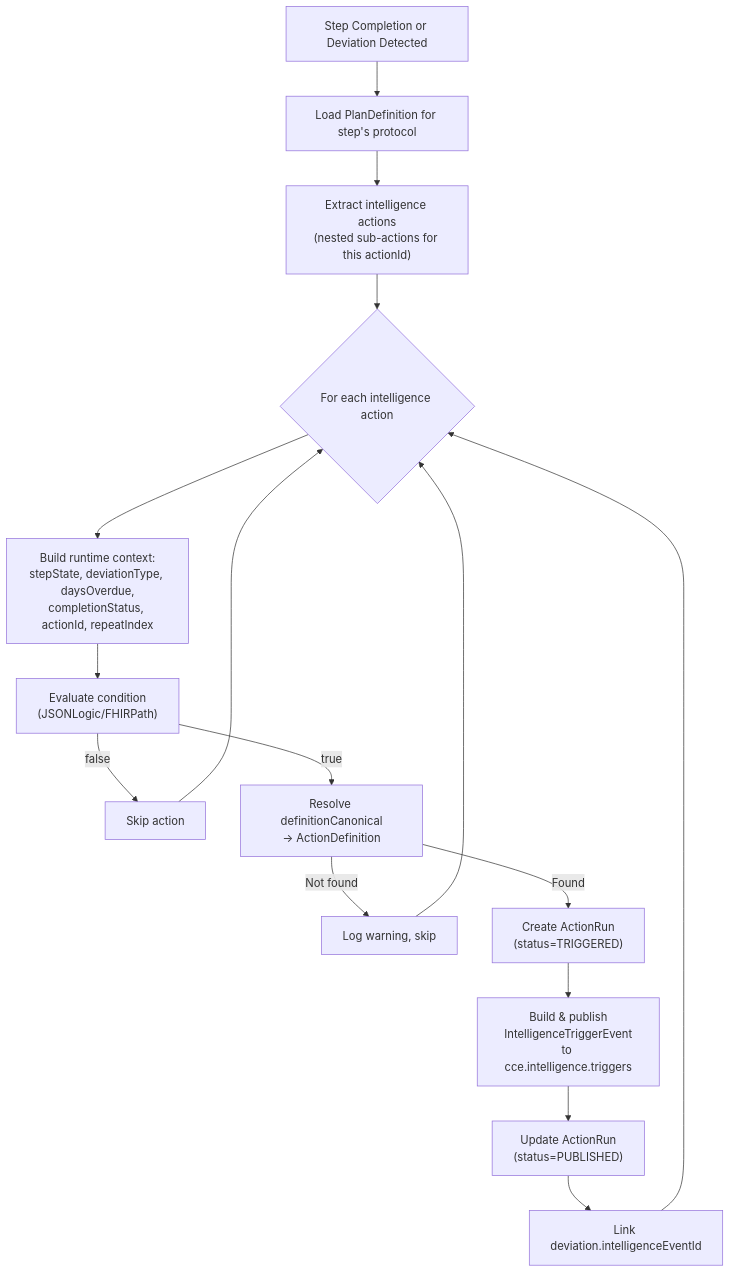
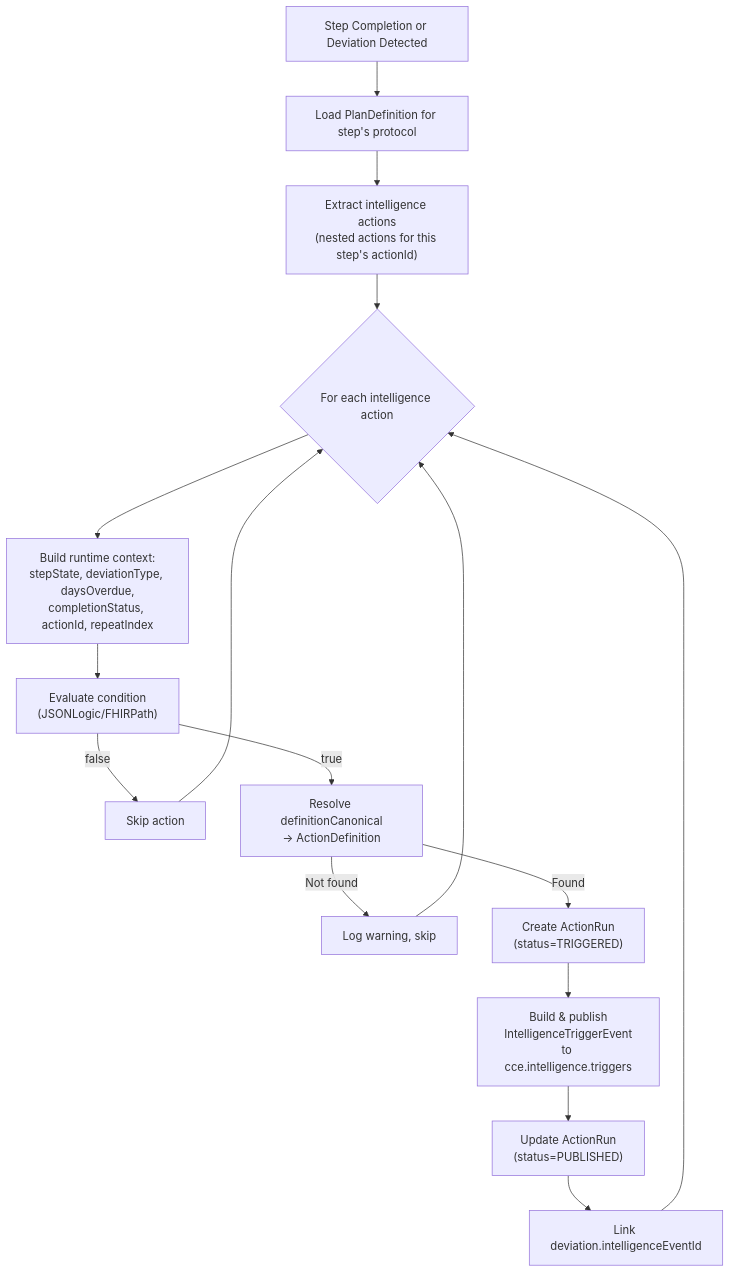
Before and after one commit to Jayaprakash8887/cce-compliance-service: the seventh of 8 diagrams in docs/architecture-overview.md, drawn with Mermaid. The commit also changed other lines of this file and 4 other files, not shown here.

````diff
--- a/docs/architecture-overview.md
+++ b/docs/architecture-overview.md
@@ -473,22 +473,22 @@
 ```mermaid
 flowchart TD
     TRIGGER["Step Completion or Deviation Detected"] --> LOAD["Load PlanDefinition for step's protocol"]
-    LOAD --> EXTRACT["Extract intelligence actions<br/>(nested sub-actions for this actionId)"]
+    LOAD --> EXTRACT["Extract intelligence actions<br/>(nested actions for this step's actionId)"]
     EXTRACT --> LOOP{"For each intelligence action"}
 
     LOOP --> BUILD["Build runtime context:<br/>stepState, deviationType, daysOverdue,<br/>completionStatus, actionId, repeatIndex"]
     BUILD --> EVAL["Evaluate condition<br/>(JSONLogic/FHIRPath)"]
 
     EVAL -->|"false"| SKIP["Skip action"]
     EVAL -->|"true"| RESOLVE["Resolve definitionCanonical<br/>→ ActionDefinition"]
 
     RESOLVE -->|"Not found"| LOG_SKIP["Log warning, skip"]
     RESOLVE -->|"Found"| RUN["Create ActionRun<br/>(status=TRIGGERED)"]
     RUN --> PUB["Build & publish<br/>IntelligenceTriggerEvent<br/>to cce.intelligence.triggers"]
     PUB --> UPDATE["Update ActionRun<br/>(status=PUBLISHED)"]
     UPDATE --> LINK["Link deviation.intelligenceEventId"]
 
     SKIP --> LOOP
     LOG_SKIP --> LOOP
     LINK --> LOOP
 ```
````
